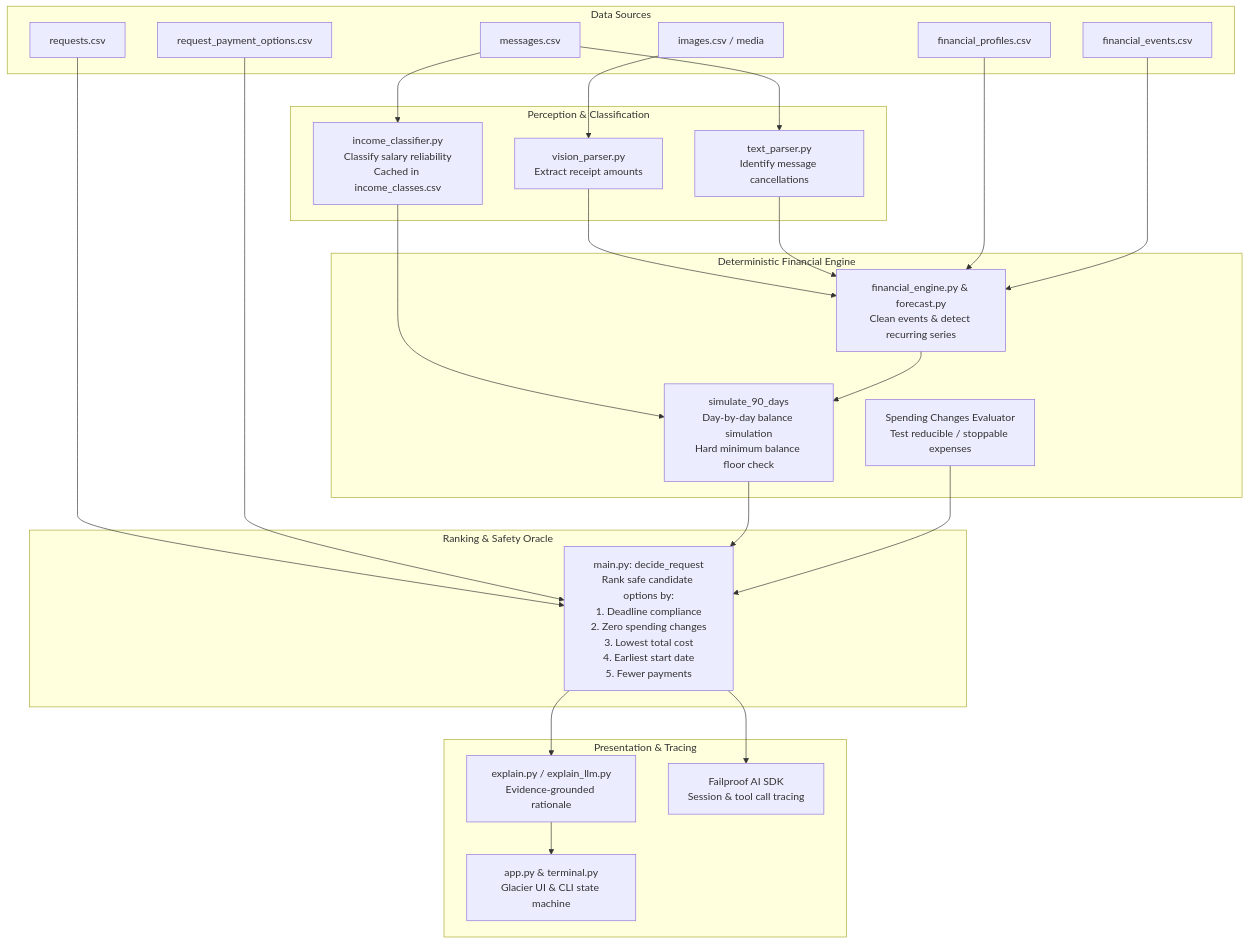
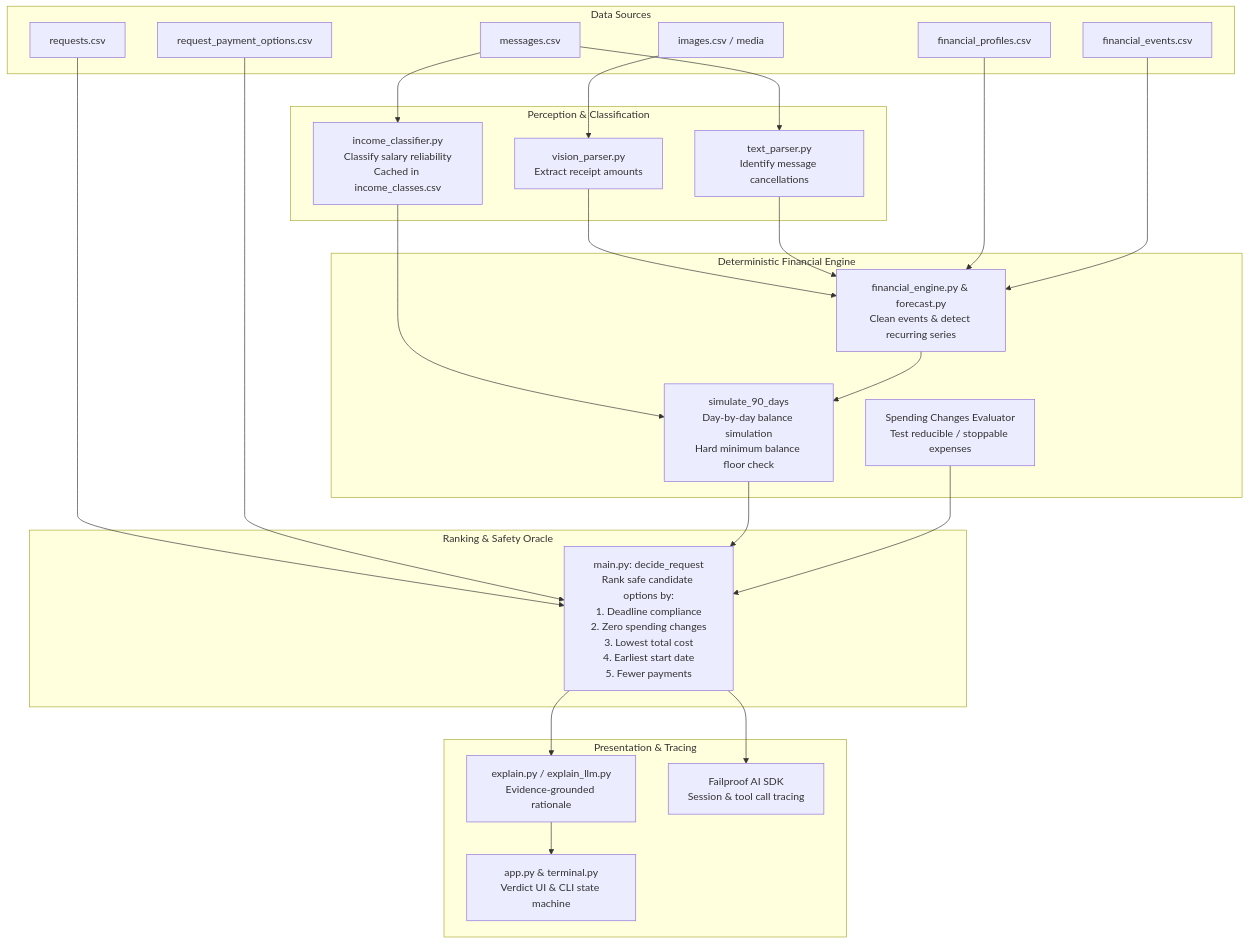
Before and after one commit to VISP06/Verdict: the diagram in README.md, drawn with Mermaid. The commit also changed other lines of this file and 18 other files, not shown here.

````diff
--- a/README.md
+++ b/README.md
@@ -42,43 +41,43 @@
 ```mermaid
 flowchart TD
     subgraph Data Sources
         P[financial_profiles.csv]
         E[financial_events.csv]
         M[messages.csv]
         I[images.csv / media]
         R[requests.csv]
         O[request_payment_options.csv]
     end
 
     subgraph Perception & Classification
         VP[vision_parser.py<br/>Extract receipt amounts]
         TP[text_parser.py<br/>Identify message cancellations]
         IC[income_classifier.py<br/>Classify salary reliability<br/>Cached in income_classes.csv]
     end
 
     subgraph Deterministic Financial Engine
         FE[financial_engine.py & forecast.py<br/>Clean events & detect recurring series]
         SIM[simulate_90_days<br/>Day-by-day balance simulation<br/>Hard minimum balance floor check]
         SC[Spending Changes Evaluator<br/>Test reducible / stoppable expenses]
     end
 
     subgraph Ranking & Safety Oracle
         DEC[main.py: decide_request<br/>Rank safe candidate options by:<br/>1. Deadline compliance<br/>2. Zero spending changes<br/>3. Lowest total cost<br/>4. Earliest start date<br/>5. Fewer payments]
     end
 
     subgraph Presentation & Tracing
         EXP[explain.py / explain_llm.py<br/>Evidence-grounded rationale]
-        UI[app.py & terminal.py<br/>Glacier UI & CLI state machine]
+        UI[app.py & terminal.py<br/>Verdict UI & CLI state machine]
         FP[Failproof AI SDK<br/>Session & tool call tracing]
     end
 
     I --> VP --> FE
     M --> TP --> FE
     M --> IC --> SIM
     P & E --> FE --> SIM
     R & O --> DEC
     SIM --> DEC
     SC --> DEC
     DEC --> EXP --> UI
     DEC --> FP
 ```
````
